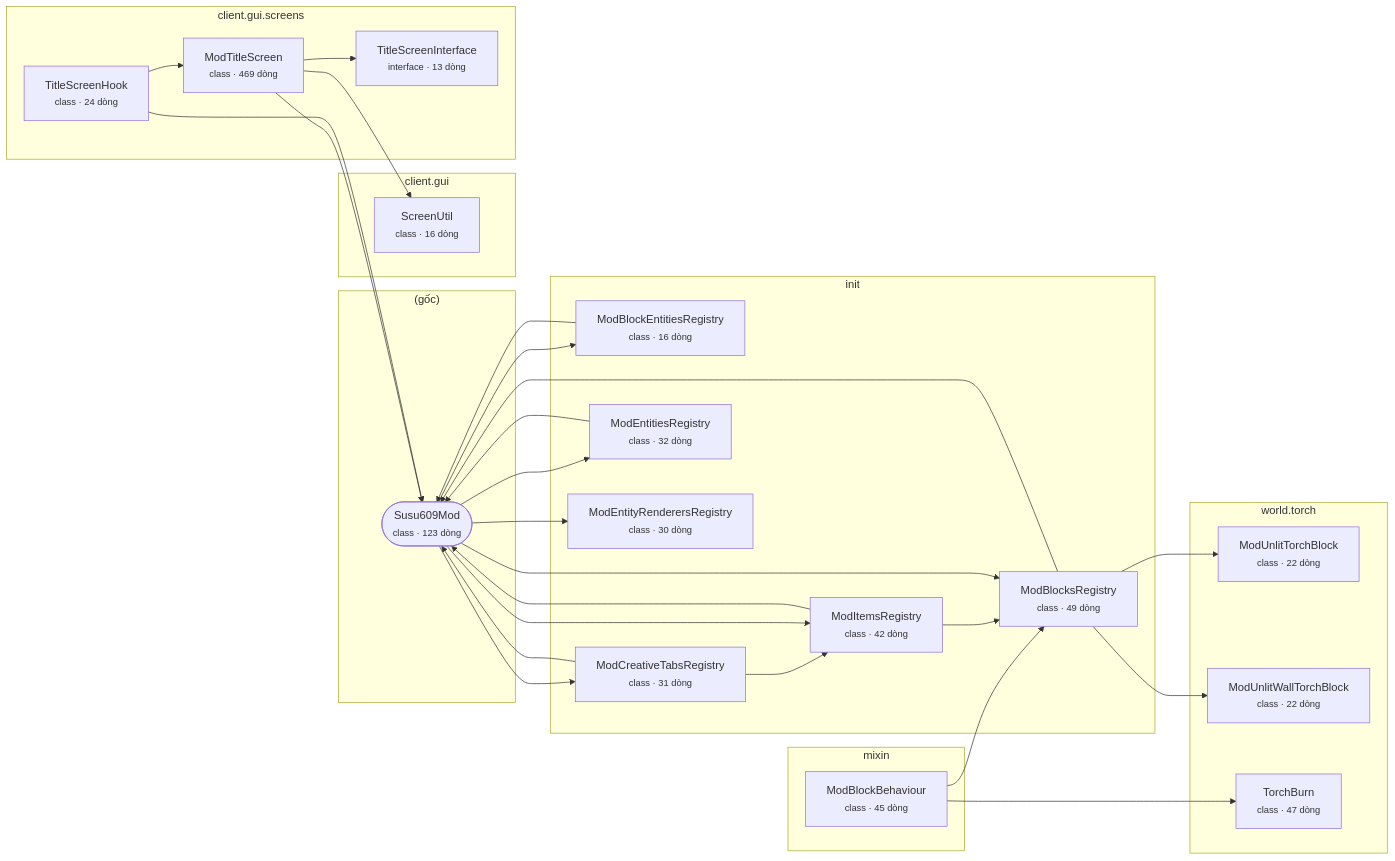
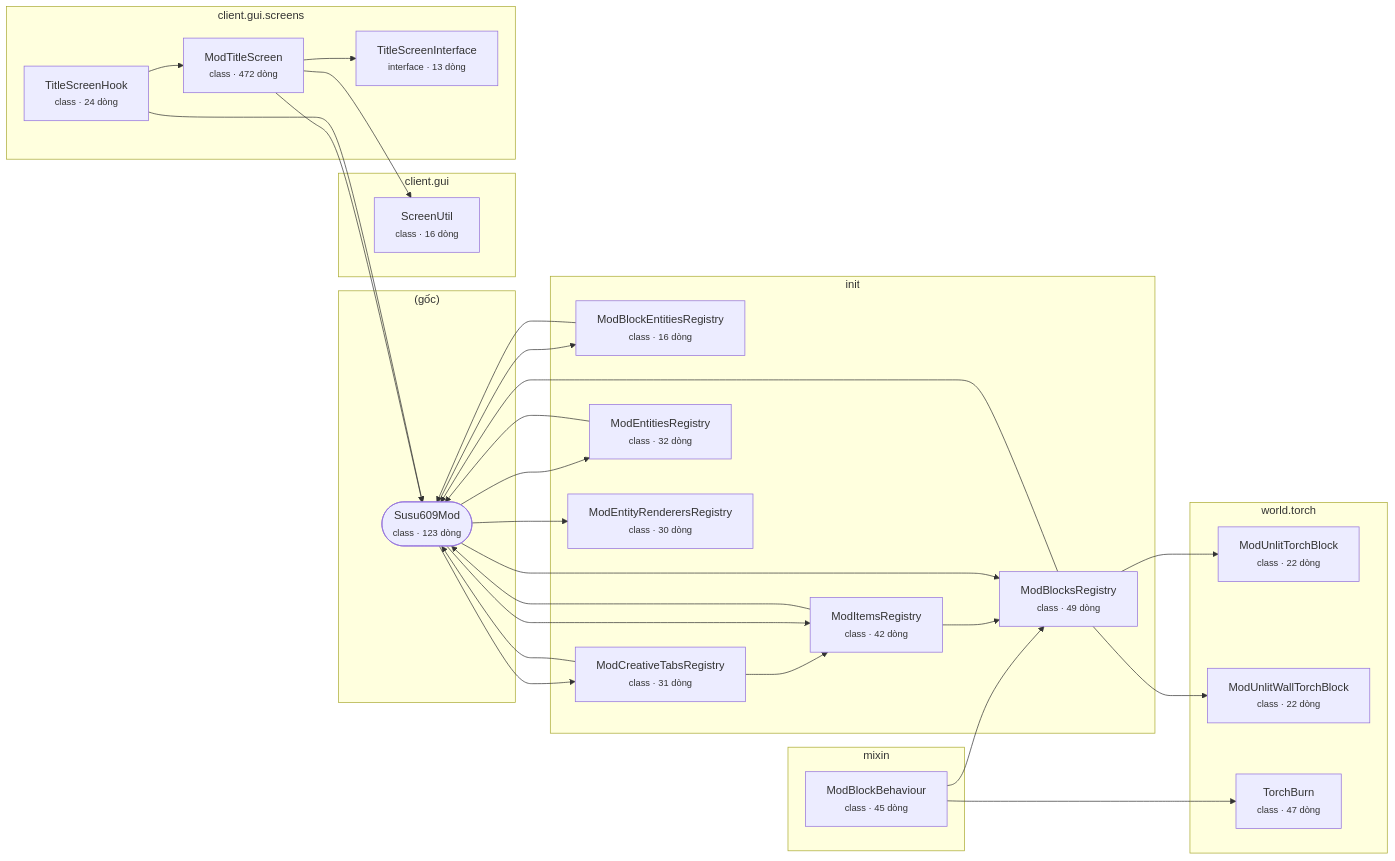
Before and after one commit to susu609/The8Dungeon: the diagram in docs/ARCHITECTURE.md, drawn with Mermaid. The commit also changed other lines of this file, not shown here.

````diff
--- a/docs/ARCHITECTURE.md
+++ b/docs/ARCHITECTURE.md
@@ -10,52 +10,52 @@
 ```mermaid
 flowchart LR
   subgraph pkg__g_c_["(gốc)"]
     Susu609Mod(["Susu609Mod<br/><small>class · 123 dòng</small>"])
   end
   subgraph pkg_client_gui["client.gui"]
     ScreenUtil["ScreenUtil<br/><small>class · 16 dòng</small>"]
   end
   subgraph pkg_client_gui_screens["client.gui.screens"]
-    ModTitleScreen["ModTitleScreen<br/><small>class · 469 dòng</small>"]
+    ModTitleScreen["ModTitleScreen<br/><small>class · 472 dòng</small>"]
     TitleScreenHook["TitleScreenHook<br/><small>class · 24 dòng</small>"]
     TitleScreenInterface["TitleScreenInterface<br/><small>interface · 13 dòng</small>"]
   end
   subgraph pkg_init["init"]
     ModBlockEntitiesRegistry["ModBlockEntitiesRegistry<br/><small>class · 16 dòng</small>"]
     ModBlocksRegistry["ModBlocksRegistry<br/><small>class · 49 dòng</small>"]
     ModCreativeTabsRegistry["ModCreativeTabsRegistry<br/><small>class · 31 dòng</small>"]
     ModEntitiesRegistry["ModEntitiesRegistry<br/><small>class · 32 dòng</small>"]
     ModEntityRenderersRegistry["ModEntityRenderersRegistry<br/><small>class · 30 dòng</small>"]
     ModItemsRegistry["ModItemsRegistry<br/><small>class · 42 dòng</small>"]
   end
   subgraph pkg_mixin["mixin"]
     ModBlockBehaviour["ModBlockBehaviour<br/><small>class · 45 dòng</small>"]
   end
   subgraph pkg_world_torch["world.torch"]
     ModUnlitTorchBlock["ModUnlitTorchBlock<br/><small>class · 22 dòng</small>"]
     ModUnlitWallTorchBlock["ModUnlitWallTorchBlock<br/><small>class · 22 dòng</small>"]
     TorchBurn["TorchBurn<br/><small>class · 47 dòng</small>"]
   end
   ModBlockBehaviour --> ModBlocksRegistry
   ModBlockBehaviour --> TorchBurn
   ModBlockEntitiesRegistry --> Susu609Mod
   ModBlocksRegistry --> ModUnlitTorchBlock
   ModBlocksRegistry --> ModUnlitWallTorchBlock
   ModBlocksRegistry --> Susu609Mod
   ModCreativeTabsRegistry --> ModItemsRegistry
   ModCreativeTabsRegistry --> Susu609Mod
   ModEntitiesRegistry --> Susu609Mod
   ModItemsRegistry --> ModBlocksRegistry
   ModItemsRegistry --> Susu609Mod
   ModTitleScreen --> ScreenUtil
   ModTitleScreen --> Susu609Mod
   ModTitleScreen --> TitleScreenInterface
   Susu609Mod --> ModBlockEntitiesRegistry
   Susu609Mod --> ModBlocksRegistry
   Susu609Mod --> ModCreativeTabsRegistry
   Susu609Mod --> ModEntitiesRegistry
   Susu609Mod --> ModEntityRenderersRegistry
   Susu609Mod --> ModItemsRegistry
   TitleScreenHook --> ModTitleScreen
   TitleScreenHook --> Susu609Mod
 ```
````
